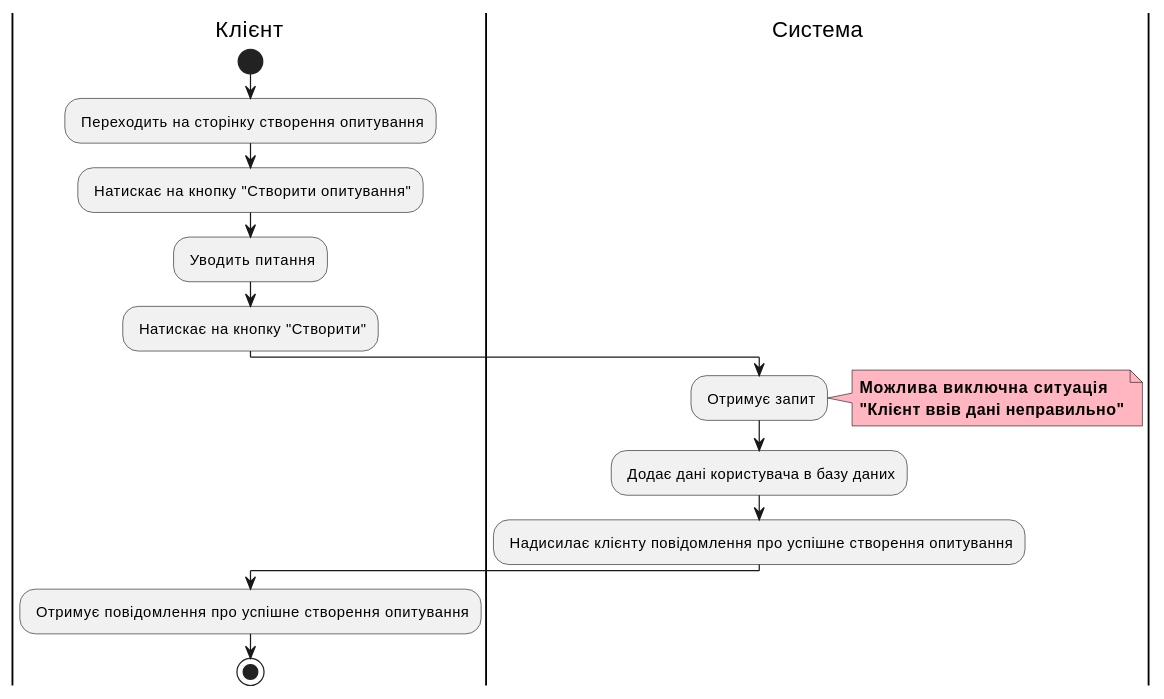
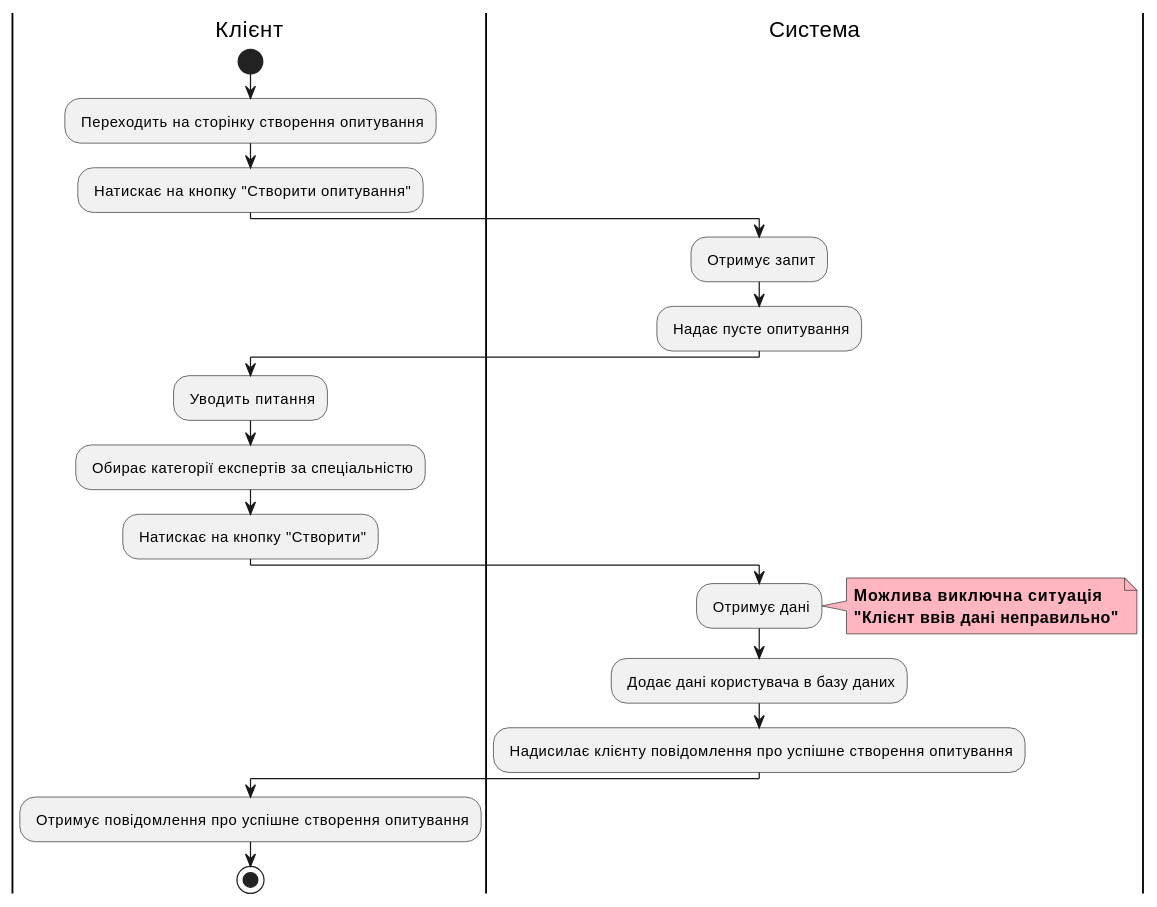
One commit to kujo205/db_labs changed the seventh of 12 diagrams in docs/use cases/README.md. Above: the diagram before and after it, drawn with PlantUML. The commit also changed other lines of this file and 1 other file, not shown here.

```diff
--- a/docs/use cases/README.md
+++ b/docs/use cases/README.md
@@ -265,25 +269,32 @@
 @startuml
 
   |Клієнт|
   start
   : Переходить на сторінку створення опитування; 
   : Натискає на кнопку "Створити опитування";
+
+  |Система|
+  : Отримує запит;
+  : Надає пусте опитування;
+
+  |Клієнт|
   : Уводить питання;
+  : Обирає категорії експертів за спеціальністю;
   : Натискає на кнопку "Створити";
 
   |Система|
-  : Отримує запит;
+  : Отримує дані;
 
   note right #lightpink
     <b>Можлива виключна ситуація</b>
     <b>"Клієнт ввів дані неправильно"</b>
   end note
   
   : Додає дані користувача в базу даних;
   : Надисилає клієнту повідомлення про успішне створення опитування;
 
   |Клієнт|
   : Отримує повідомлення про успішне створення опитування;
   stop
 
 @enduml
```
